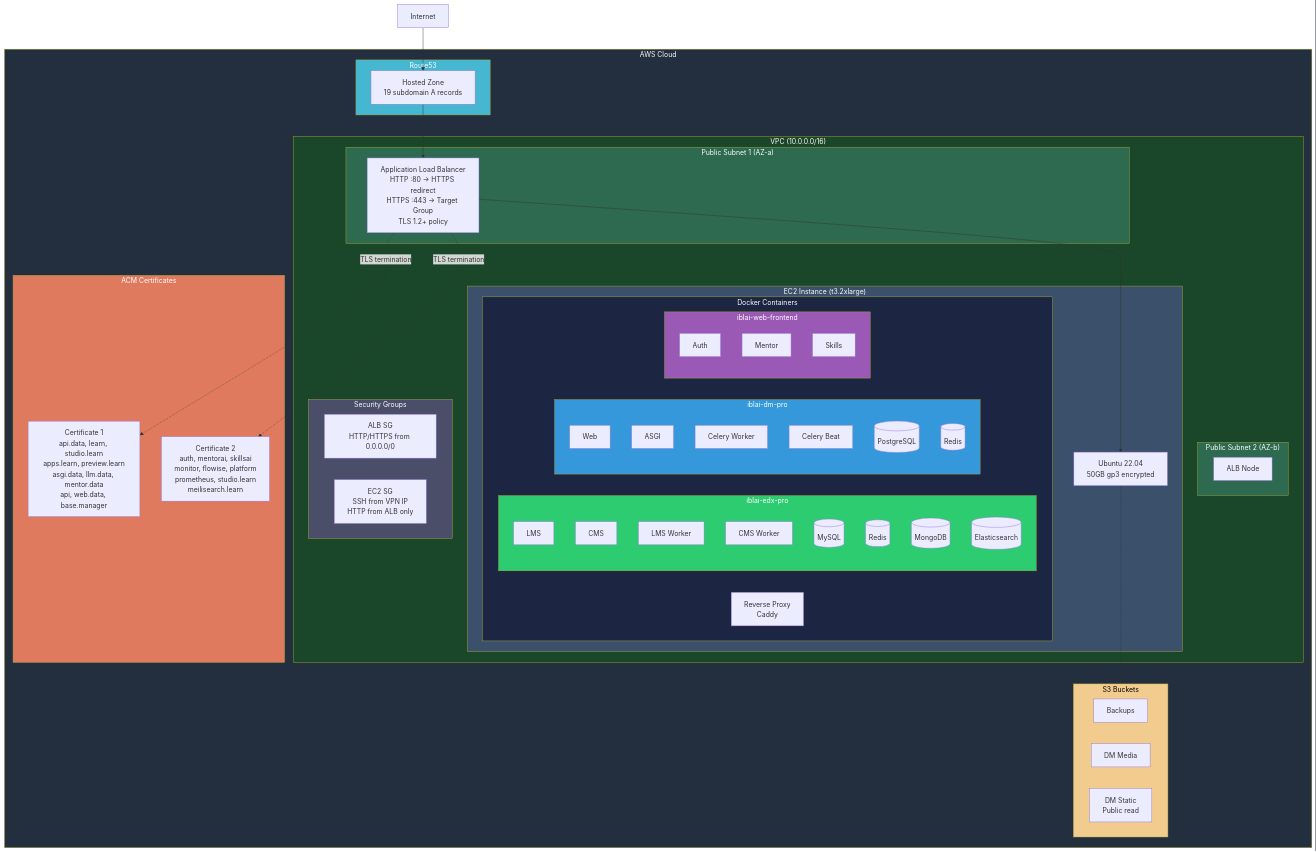
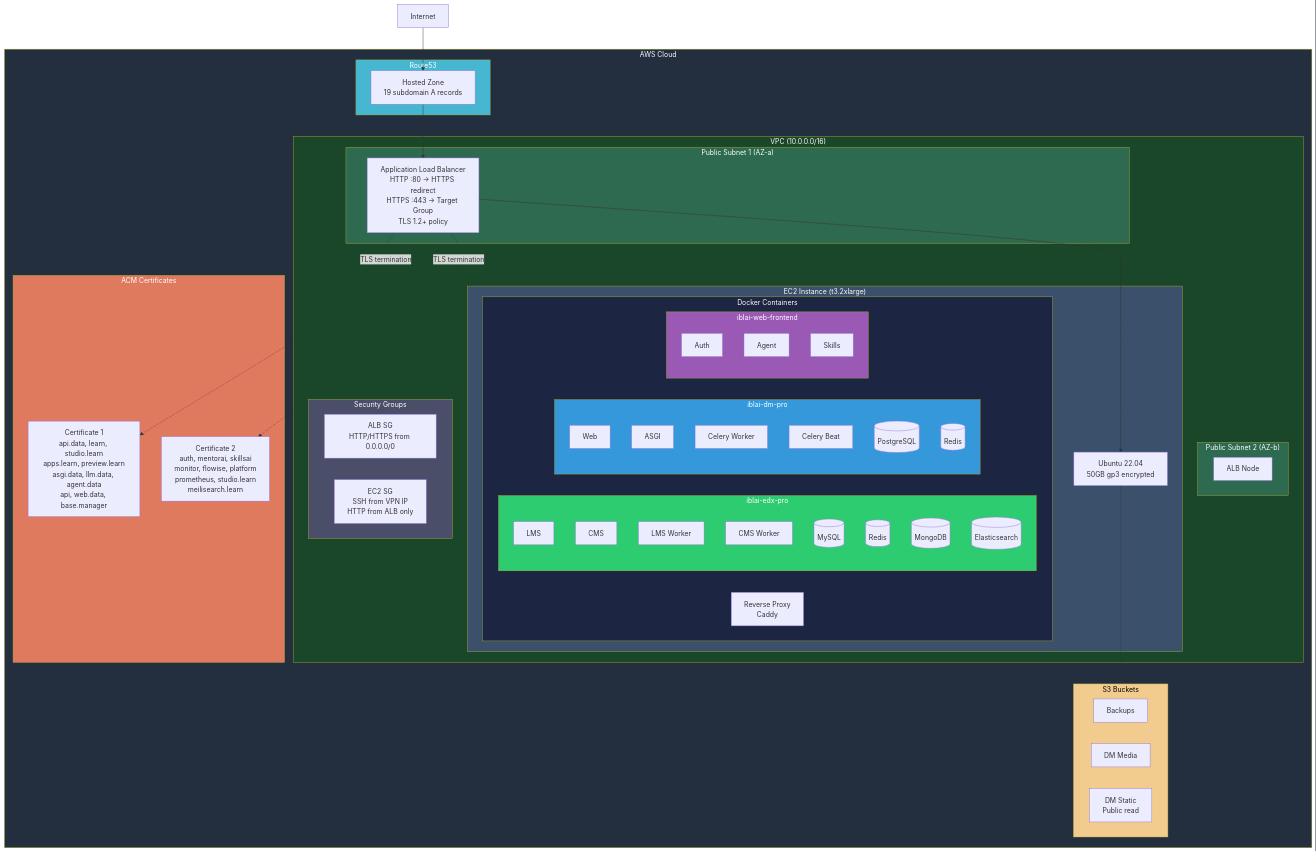
Before and after one commit to iblai/docs: the first of 4 diagrams in developer/infrastructure/infra-architecture.md, drawn with Mermaid. The commit also changed other lines of this file and 212 other files, not shown here.

First line of the commit message:
docs: rebrand mentorAI -> Agentic OS, mentor -> agent

```diff
--- a/developer/infrastructure/infra-architecture.md
+++ b/developer/infrastructure/infra-architecture.md
@@ -56,7 +56,7 @@
 
                     subgraph SPA["iblai-web-frontend"]
                         AUTH[Auth]
-                        MENTOR[Mentor]
+                        MENTOR[Agent]
                         SKILLS[Skills]
                     end
                 end
@@ -69,7 +69,7 @@
         end
 
         subgraph ACM["ACM Certificates"]
-            CERT1[Certificate 1\napi.data, learn, studio.learn\napps.learn, preview.learn\nasgi.data, llm.data, mentor.data\napi, web.data, base.manager]
+            CERT1[Certificate 1\napi.data, learn, studio.learn\napps.learn, preview.learn\nasgi.data, llm.data, agent.data\napi, web.data, base.manager]
             CERT2[Certificate 2\nauth, mentorai, skillsai\nmonitor, flowise, platform\nprometheus, studio.learn\nmeilisearch.learn]
         end
 
```
